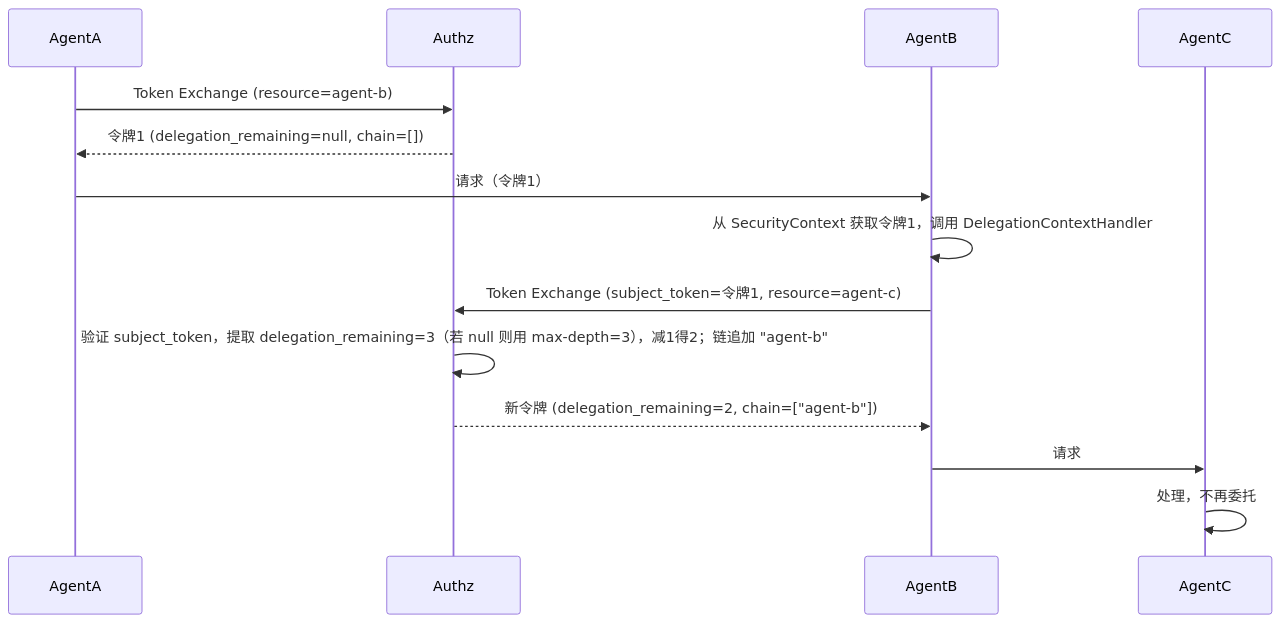
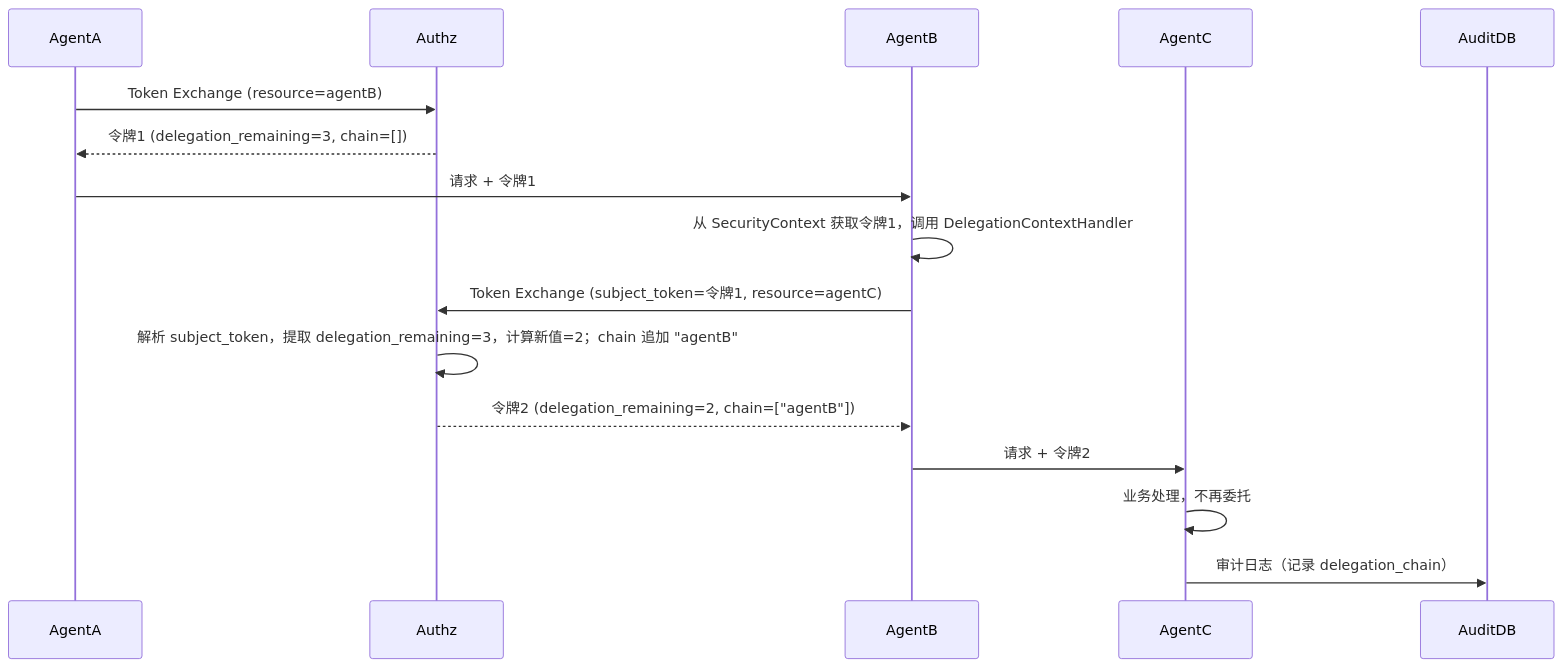
Before and after one commit to latcn/developer-knowledge: the fourth of 5 diagrams in security/A2A 权限系统架构设计文档.md, drawn with Mermaid. The commit also changed other lines of this file, not shown here.

````diff
--- a/security/A2A 权限系统架构设计文档.md
+++ b/security/A2A 权限系统架构设计文档.md
@@ -1031,17 +1157,19 @@
 ```mermaid
 sequenceDiagram
     participant AgentA
     participant Authz
     participant AgentB
     participant AgentC
+    participant AuditDB
 
-    AgentA->>Authz: Token Exchange (resource=agent-b)
-    Authz-->>AgentA: 令牌1 (delegation_remaining=null, chain=[])
-    AgentA->>AgentB: 请求（令牌1）
+    AgentA->>Authz: Token Exchange (resource=agentB)
+    Authz-->>AgentA: 令牌1 (delegation_remaining=3, chain=[])
+    AgentA->>AgentB: 请求 + 令牌1
     AgentB->>AgentB: 从 SecurityContext 获取令牌1，调用 DelegationContextHandler
-    AgentB->>Authz: Token Exchange (subject_token=令牌1, resource=agent-c)
-    Authz->>Authz: 验证 subject_token，提取 delegation_remaining=3（若 null 则用 max-depth=3），减1得2；链追加 "agent-b"
-    Authz-->>AgentB: 新令牌 (delegation_remaining=2, chain=["agent-b"])
-    AgentB->>AgentC: 请求
-    AgentC->>AgentC: 处理，不再委托
+    AgentB->>Authz: Token Exchange (subject_token=令牌1, resource=agentC)
+    Authz->>Authz: 解析 subject_token，提取 delegation_remaining=3，计算新值=2；chain 追加 "agentB"
+    Authz-->>AgentB: 令牌2 (delegation_remaining=2, chain=["agentB"])
+    AgentB->>AgentC: 请求 + 令牌2
+    AgentC->>AgentC: 业务处理，不再委托
+    AgentC->>AuditDB: 审计日志（记录 delegation_chain）
 ```
````
